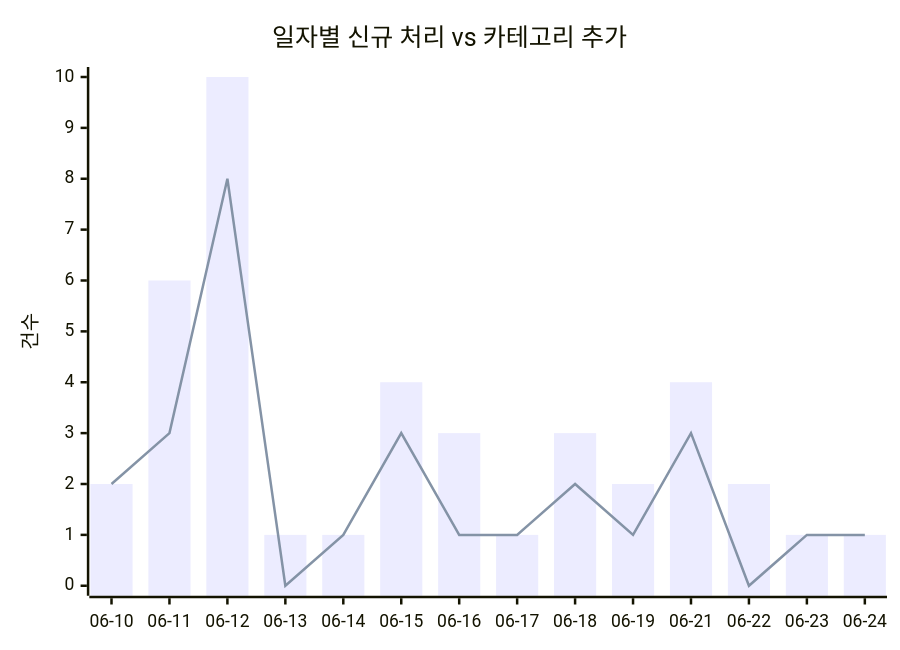
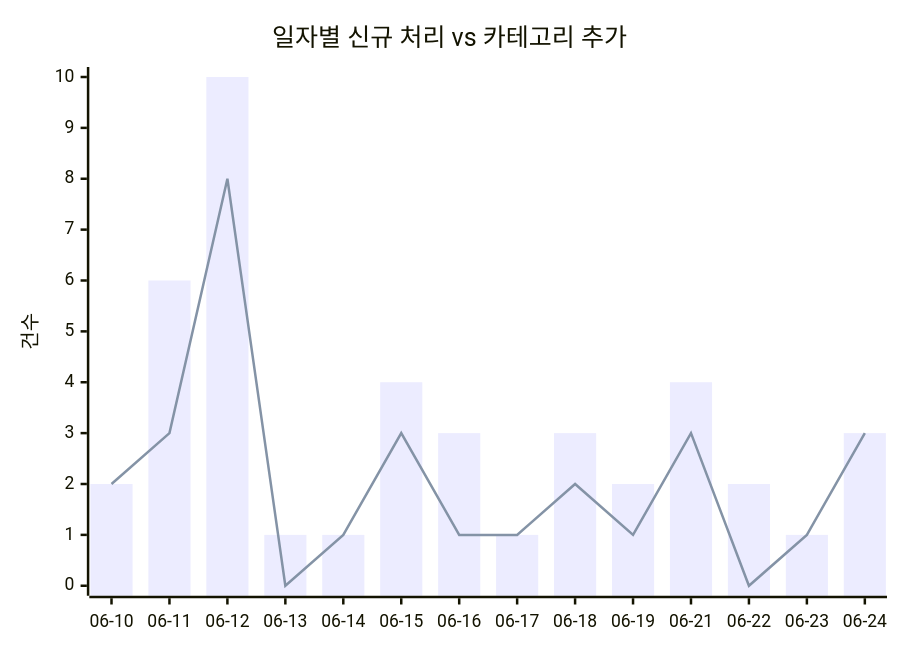
The first of 2 diagrams in docs/trends.md (J-nowcow/awesome-korean-agent-skills), drawn with Mermaid before and after one commit. The commit also changed other lines of this file and 5 other files, not shown here.

````diff
--- a/docs/trends.md
+++ b/docs/trends.md
@@ -32,8 +32,8 @@
 ```mermaid
 xychart-beta
     title "일자별 신규 처리 vs 카테고리 추가"
     x-axis ["06-10","06-11","06-12","06-13","06-14","06-15","06-16","06-17","06-18","06-19","06-21","06-22","06-23","06-24"]
     y-axis "건수"
-    bar [2,6,10,1,1,4,3,1,3,2,4,2,1,1]
-    line [2,3,8,0,1,3,1,1,2,1,3,0,1,1]
+    bar [2,6,10,1,1,4,3,1,3,2,4,2,1,3]
+    line [2,3,8,0,1,3,1,1,2,1,3,0,1,3]
 ```
````
